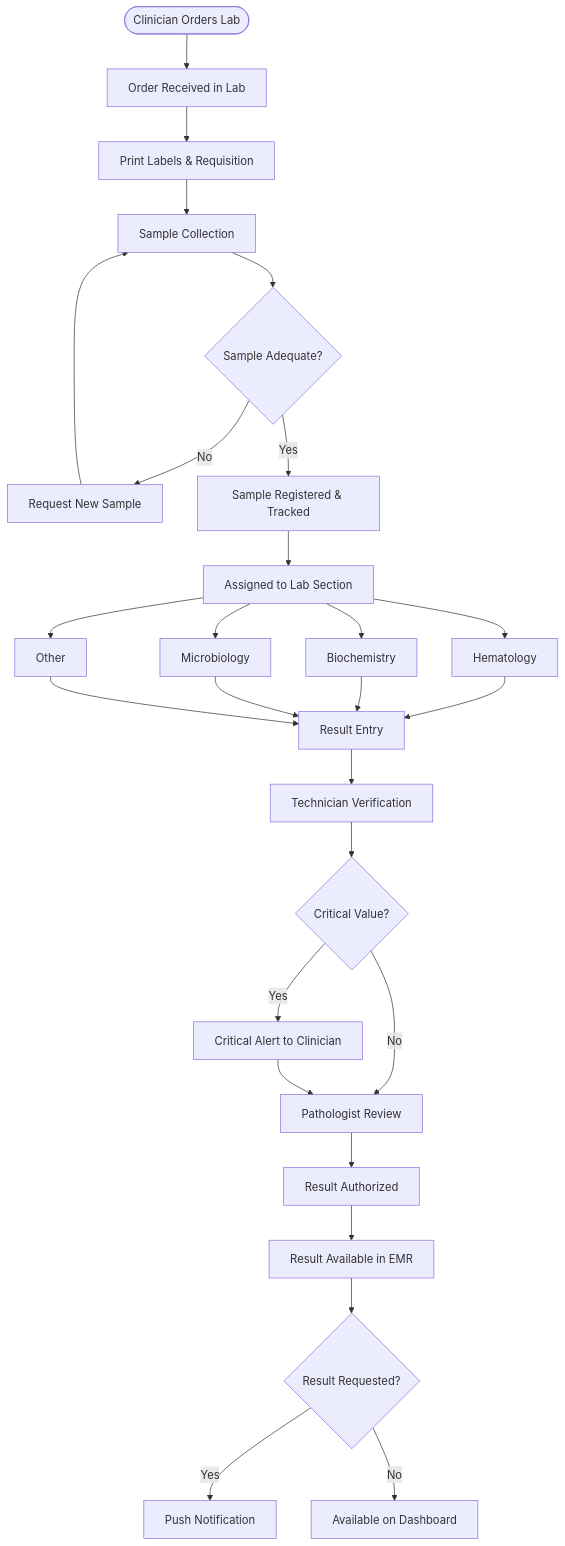
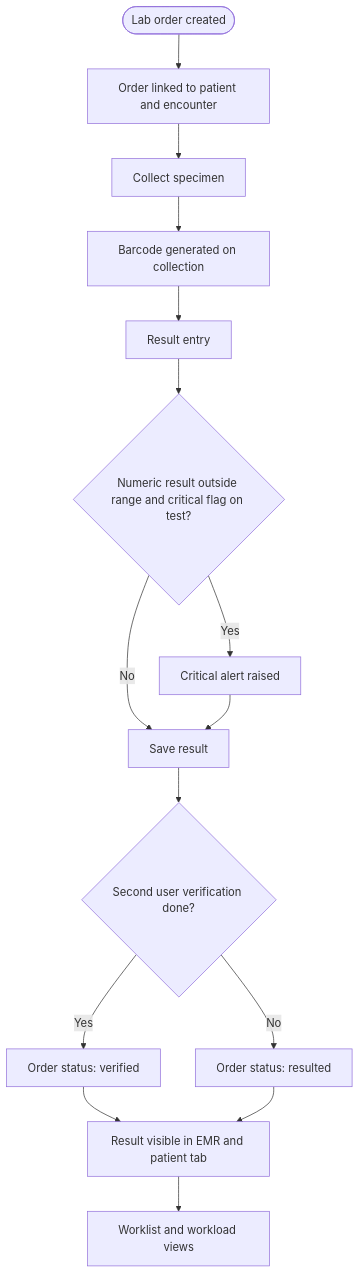
Before and after one commit to JosephMponda/GrandGaze: the diagram in docs/workflows/04-laboratory-workflow.md, drawn with Mermaid. The commit also changed 6 other files, not shown here.

Commit message:
Update workflow diagrams to match current app

````diff
--- a/docs/workflows/04-laboratory-workflow.md
+++ b/docs/workflows/04-laboratory-workflow.md
@@ -3,29 +3,17 @@
 ```mermaid
 flowchart TD
-    A([Clinician Orders Lab]) --> B[Order Received in Lab]
-    B --> C[Print Labels & Requisition]
-    C --> D[Sample Collection]
-    D --> E{Sample Adequate?}
-    E -->|No| F[Request New Sample]
-    F --> D
-    E -->|Yes| G[Sample Registered & Tracked]
-    G --> H[Assigned to Lab Section]
-    H --> I[Hematology]
-    H --> J[Biochemistry]
-    H --> K[Microbiology]
-    H --> L[Other]
-    I --> M[Result Entry]
-    J --> M
-    K --> M
-    L --> M
-    M --> N[Technician Verification]
-    N --> O{Critical Value?}
-    O -->|Yes| P[Critical Alert to Clinician]
-    O -->|No| Q[Pathologist Review]
-    P --> Q
-    Q --> R[Result Authorized]
-    R --> S[Result Available in EMR]
-    S --> T{Result Requested?}
-    T -->|Yes| U[Push Notification]
-    T -->|No| V[Available on Dashboard]
+    A([Lab order created]) --> B[Order linked to patient and encounter]
+    B --> C[Collect specimen]
+    C --> D[Barcode generated on collection]
+    D --> E[Result entry]
+    E --> F{Numeric result outside range and critical flag on test?}
+    F -->|Yes| G[Critical alert raised]
+    F -->|No| H[Save result]
+    G --> H
+    H --> I{Second user verification done?}
+    I -->|Yes| J[Order status: verified]
+    I -->|No| K[Order status: resulted]
+    J --> L[Result visible in EMR and patient tab]
+    K --> L
+    L --> M[Worklist and workload views]
 ```
````
